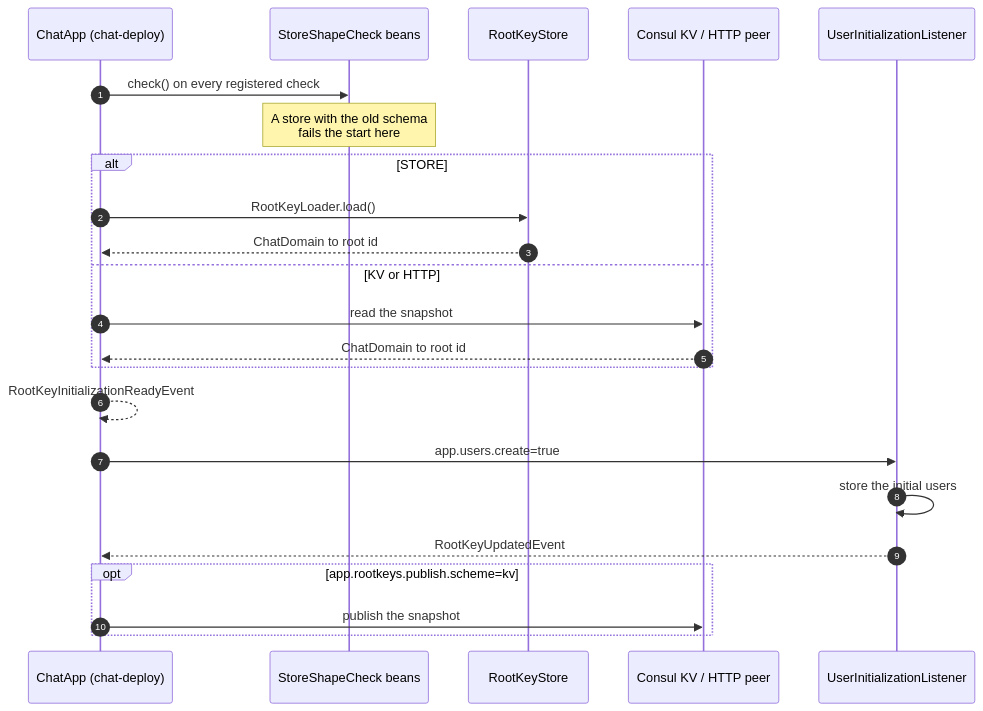
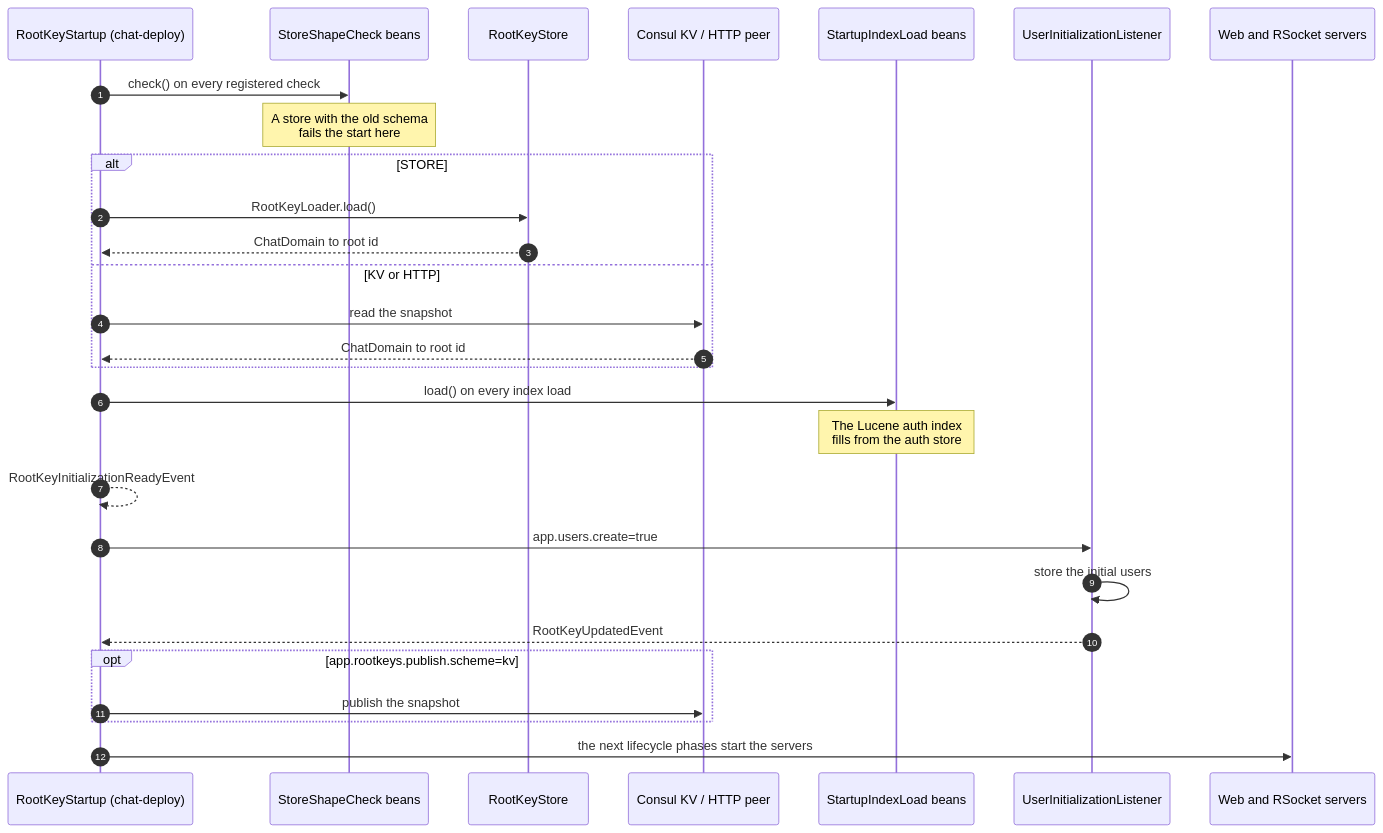
One commit to marios-code-path/demo-chat changed the third of 5 diagrams in docs/ARCHITECTURE.md. Above: the diagram before and after it, drawn with Mermaid. The commit also changed other lines of this file and 9 other files, not shown here.

First line of the commit message:
Load the roots and the auth index before the servers start (CHAT-svnxkcsb)

````diff
--- a/docs/ARCHITECTURE.md
+++ b/docs/ARCHITECTURE.md
@@ -158,26 +158,31 @@
 ```mermaid
 sequenceDiagram
     autonumber
-    participant App as ChatApp (chat-deploy)
+    participant App as RootKeyStartup (chat-deploy)
     participant Chk as StoreShapeCheck beans
     participant RS as RootKeyStore
     participant Snap as Consul KV / HTTP peer
+    participant Idx as StartupIndexLoad beans
     participant Init as UserInitializationListener
+    participant Srv as Web and RSocket servers
 
     App->>Chk: check() on every registered check
     Note over Chk: A store with the old schema<br/>fails the start here
     alt STORE
         App->>RS: RootKeyLoader.load()
         RS-->>App: ChatDomain to root id
     else KV or HTTP
         App->>Snap: read the snapshot
         Snap-->>App: ChatDomain to root id
     end
+    App->>Idx: load() on every index load
+    Note over Idx: The Lucene auth index<br/>fills from the auth store
     App-->>App: RootKeyInitializationReadyEvent
     App->>Init: app.users.create=true
     Init->>Init: store the initial users
     Init-->>App: RootKeyUpdatedEvent
     opt app.rootkeys.publish.scheme=kv
         App->>Snap: publish the snapshot
     end
+    App->>Srv: the next lifecycle phases start the servers
 ```
````
